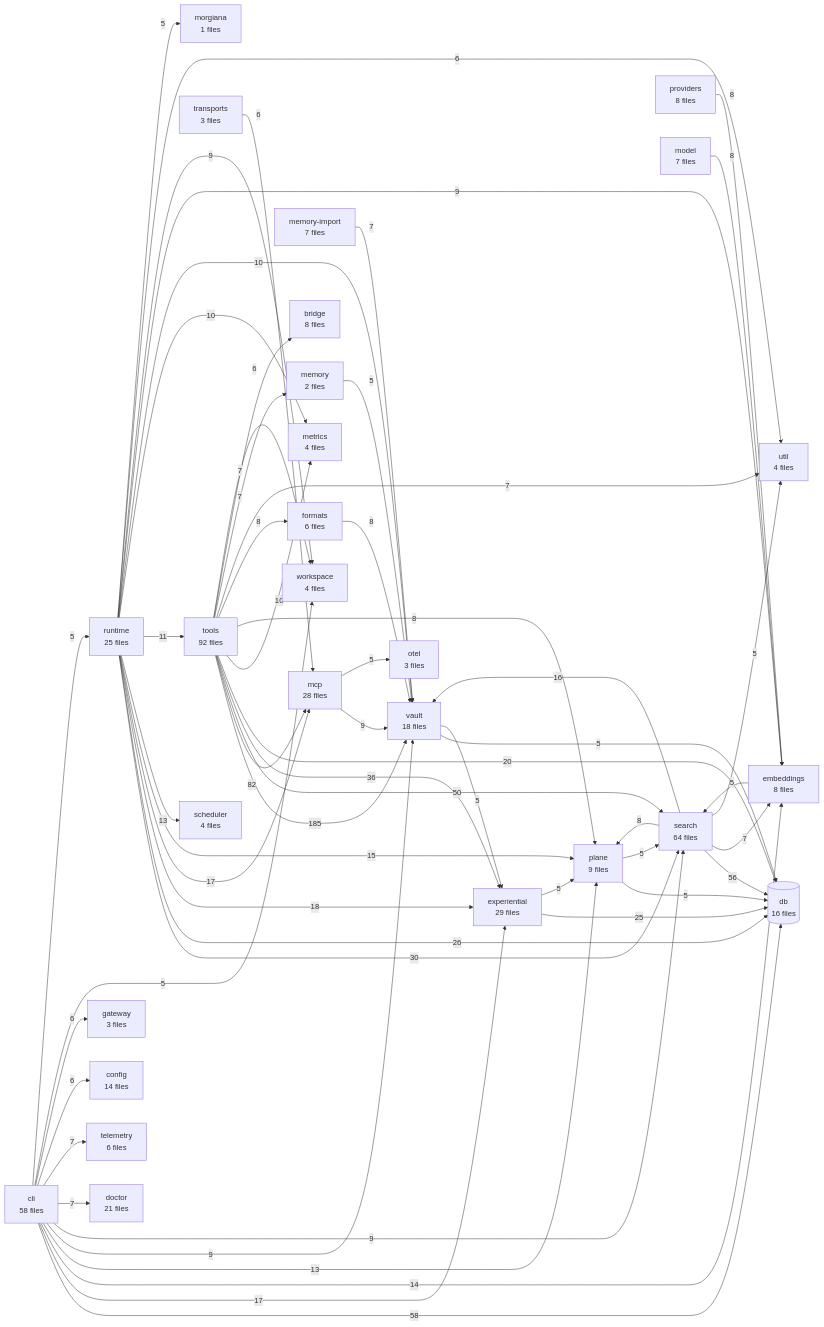
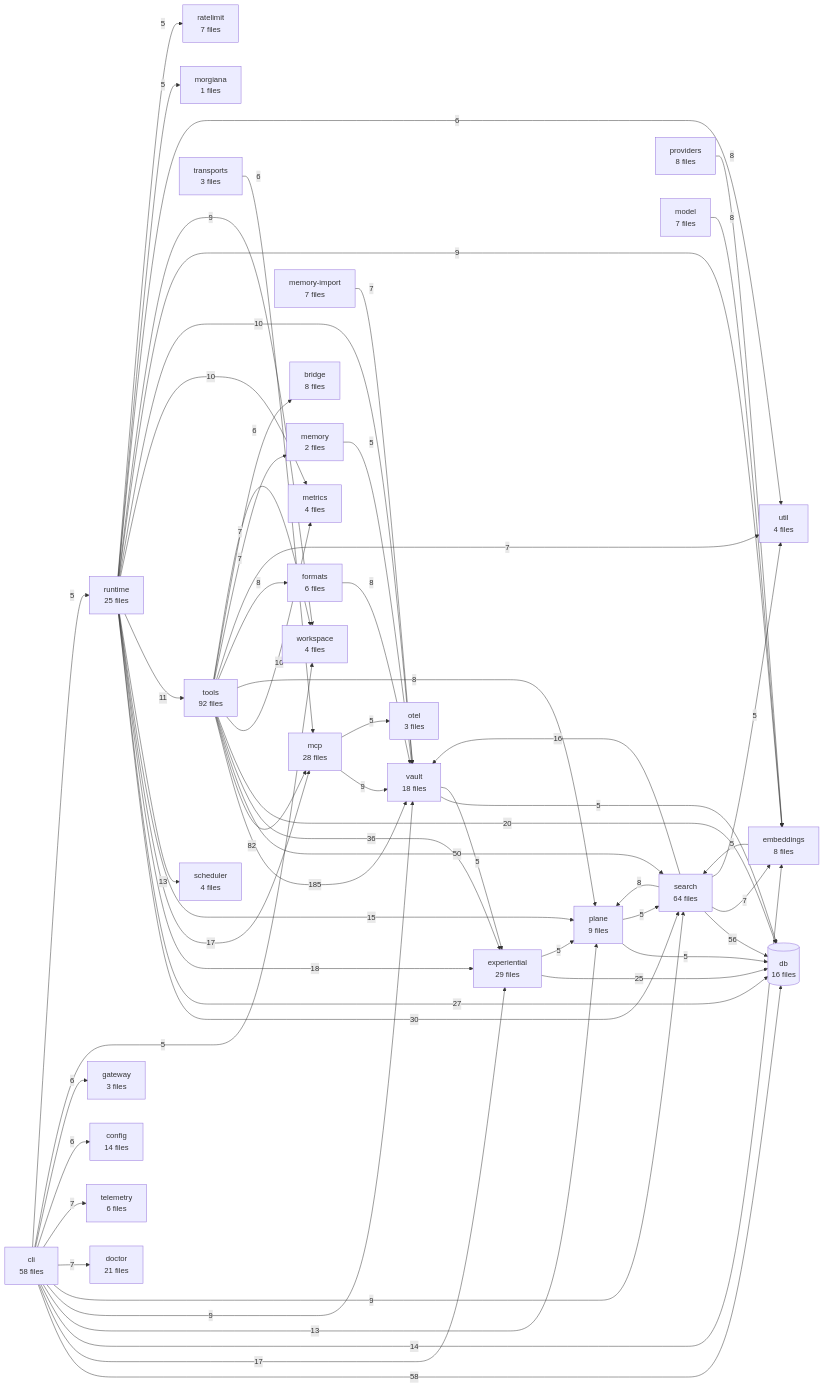
Before and after one commit to The-40-Thieves/obsidian-tc: the diagram in TREE.md, drawn with Mermaid. The commit also changed other lines of this file and 4 other files, not shown here.

```diff
--- a/TREE.md
+++ b/TREE.md
@@ -341,6 +342,7 @@
   providers[providers<br/>8 files]
   memory-import[memory-import<br/>7 files]
   model[model<br/>7 files]
+  ratelimit[ratelimit<br/>7 files]
   formats[formats<br/>6 files]
   telemetry[telemetry<br/>6 files]
   metrics[metrics<br/>4 files]
@@ -360,7 +362,7 @@
   tools -->|50| search
   tools -->|36| experiential
   runtime -->|30| search
-  runtime -->|26| db
+  runtime -->|27| db
   experiential -->|25| db
   tools -->|20| db
   runtime -->|18| experiential
@@ -407,6 +409,7 @@
   plane -->|5| db
   plane -->|5| search
   runtime -->|5| morgiana
+  runtime -->|5| ratelimit
   search -->|5| util
   vault -->|5| db
   vault -->|5| experiential
```
